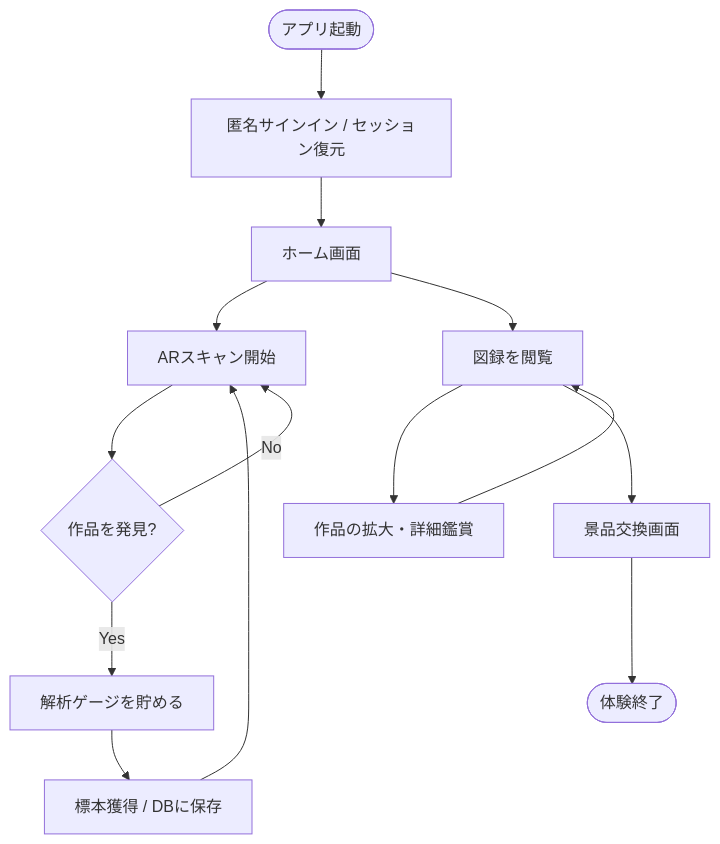
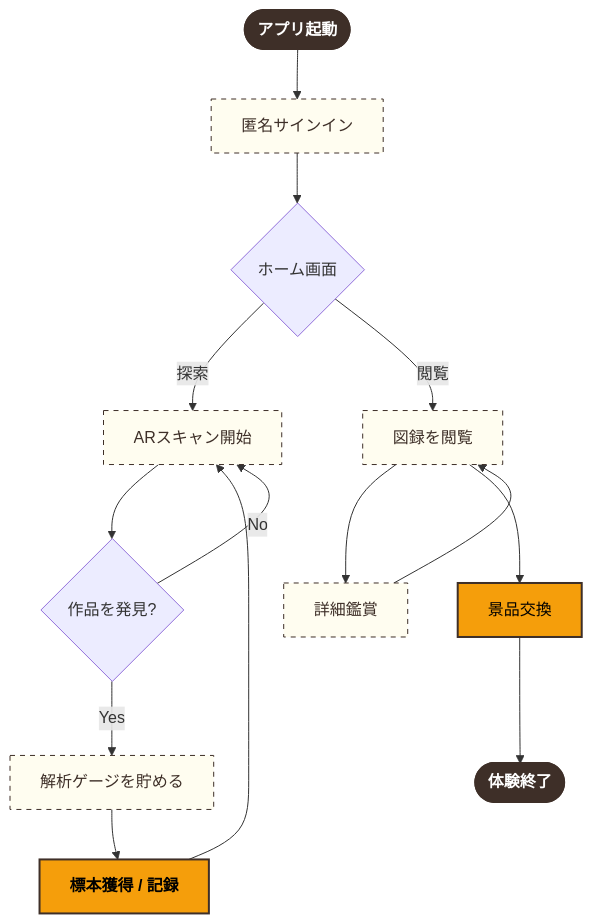
One commit to yuma25/ATD26 changed the third of 5 diagrams in docs/DIAGRAMS.md. Above: the diagram before and after it, drawn with Mermaid. The commit also changed other lines of this file and 42 other files, not shown here.

````diff
--- a/docs/DIAGRAMS.md
+++ b/docs/DIAGRAMS.md
@@ -103,19 +82,28 @@
 ```mermaid
 graph TD
-    Start([アプリ起動]) --> Auth[匿名サインイン / セッション復元]
-    Auth --> Home[ホーム画面]
+    Start([<b>アプリ起動</b>]) --> Auth[匿名サインイン]
+    Auth --> Home{ホーム画面}
     
-    Home --> AR[ARスキャン開始]
+    Home -- 探索 --> AR[ARスキャン開始]
     AR --> Scan{作品を発見?}
     Scan -- Yes --> Analysis[解析ゲージを貯める]
-    Analysis --> Acquired[標本獲得 / DBに保存]
+    Analysis --> Acquired[<b>標本獲得 / 記録</b>]
     Acquired --> AR
     Scan -- No --> AR
     
-    Home --> Journal[図録を閲覧]
-    Journal --> Detail[作品の拡大・詳細鑑賞]
+    Home -- 閲覧 --> Journal[図録を閲覧]
+    Journal --> Detail[詳細鑑賞]
     Detail --> Journal
     
-    Journal --> Exchange[景品交換画面]
-    Exchange --> Finish([体験終了])
+    Journal --> Exchange[景品交換]
+    Exchange --> Finish([<b>体験終了</b>])
+
+    %% スタイル定義
+    classDef startEnd fill:#3e2f28,color:#fff,stroke:#3e2f28,stroke-width:2px
+    classDef action fill:#fffdf0,color:#3e2f28,stroke:#3e2f28,stroke-dasharray: 5 5
+    classDef important fill:#f59e0b,color:#000,stroke:#3e2f28,stroke-width:2px
+    
+    class Start,Finish startEnd
+    class Auth,AR,Journal,Detail,Analysis action
+    class Acquired,Exchange important
 ```
````
